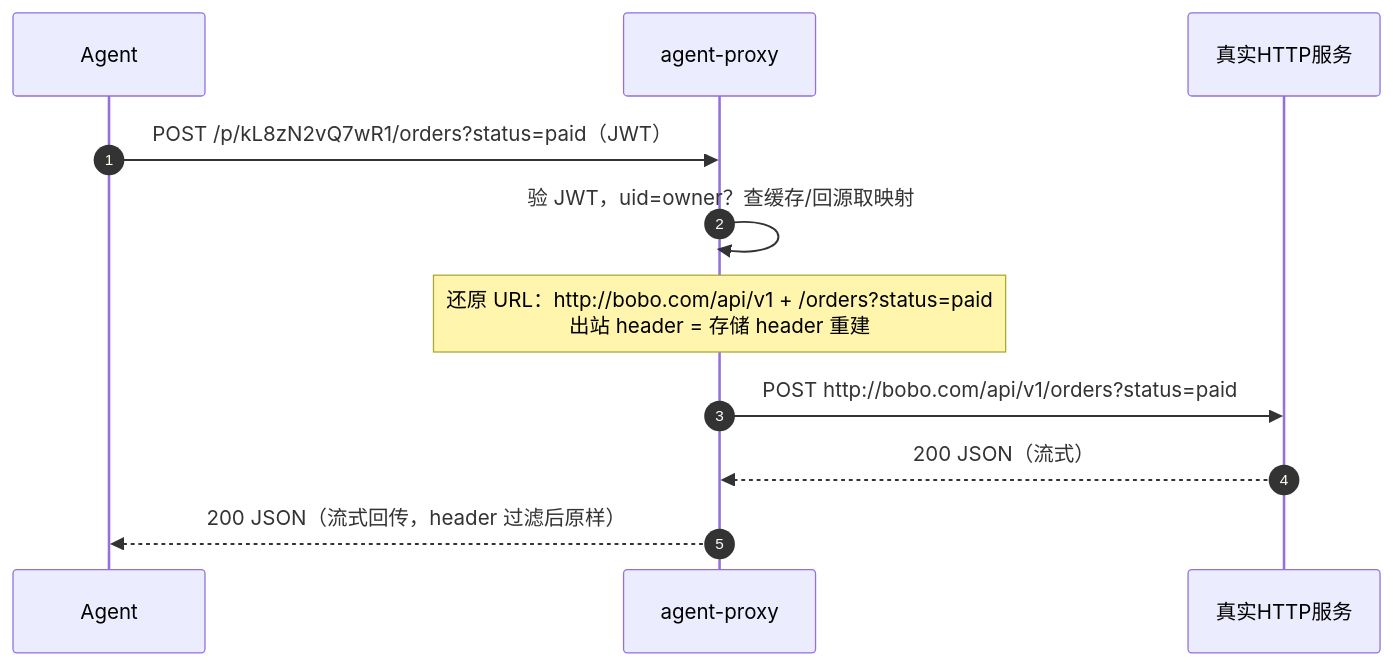
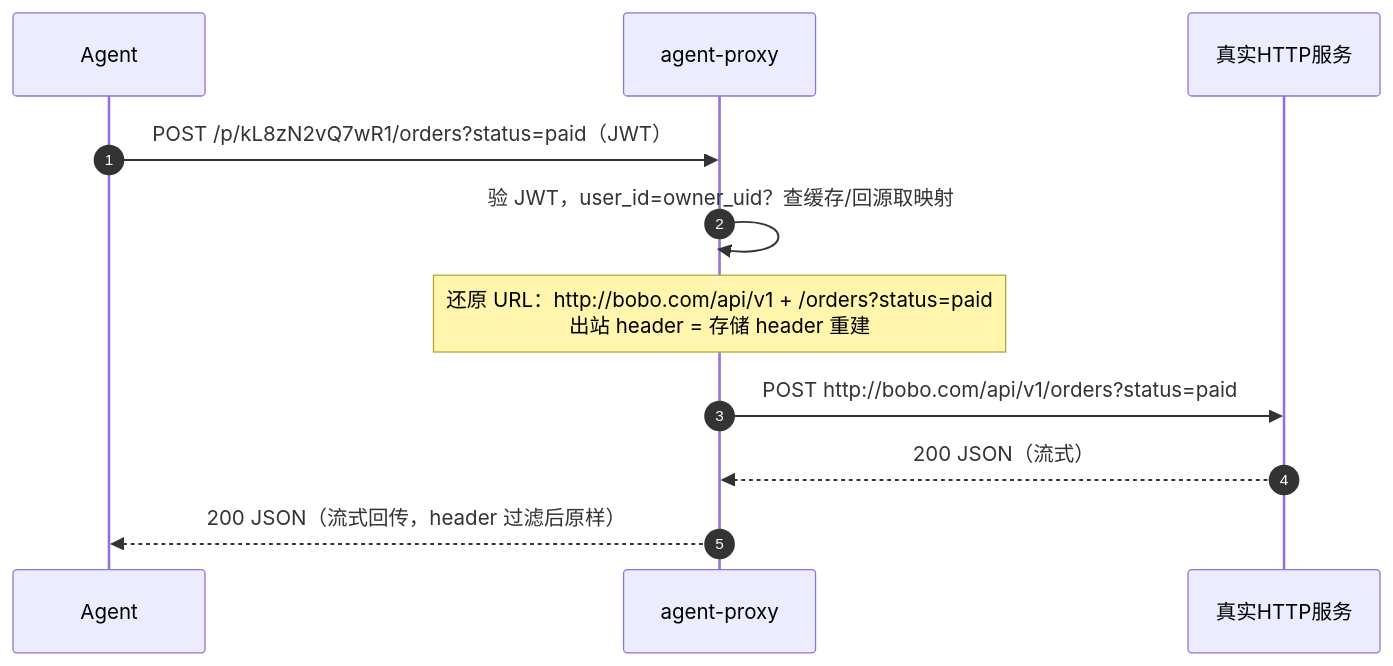
Before and after one commit to BoboBH/agent-proxy: the fourth of 8 diagrams in docs/superpowers/specs/2026-11-21-agent-proxy-design.md, drawn with Mermaid. The commit also changed other lines of this file and 23 other files, not shown here.

````diff
--- a/docs/superpowers/specs/2026-11-21-agent-proxy-design.md
+++ b/docs/superpowers/specs/2026-11-21-agent-proxy-design.md
@@ -470,13 +470,13 @@
 ```mermaid
 sequenceDiagram
     autonumber
     participant A as Agent
     participant X as agent-proxy
     participant S as 真实HTTP服务
     A->>X: POST /p/kL8zN2vQ7wR1/orders?status=paid（JWT）
-    X->>X: 验 JWT，uid=owner？查缓存/回源取映射
+    X->>X: 验 JWT，user_id=owner_uid？查缓存/回源取映射
     Note over X: 还原 URL：http://bobo.com/api/v1 + /orders?status=paid<br/>出站 header = 存储 header 重建
     X->>S: POST http://bobo.com/api/v1/orders?status=paid
     S-->>X: 200 JSON（流式）
     X-->>A: 200 JSON（流式回传，header 过滤后原样）
 ```
````
